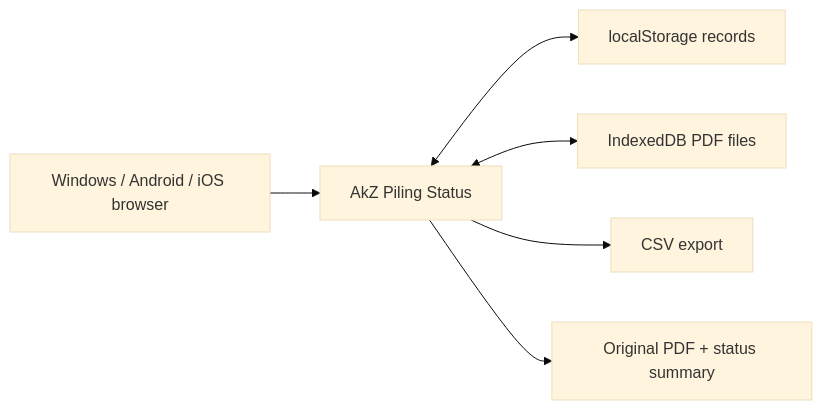
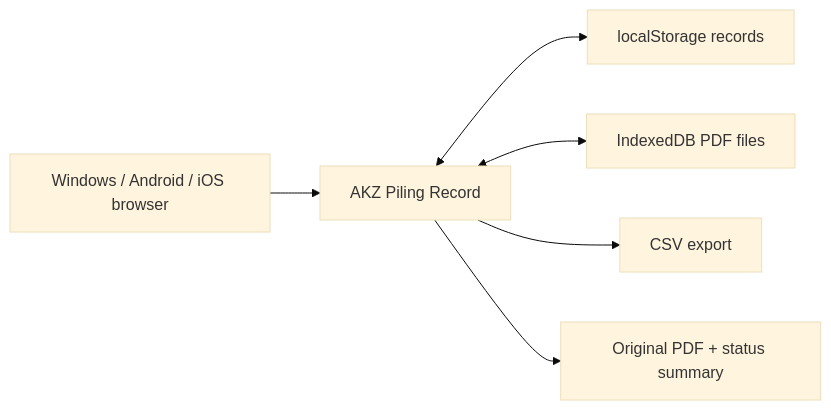
One commit to Hafize92/PiLE changed the diagram in DESIGN.md. Above: the diagram before and after it, drawn with Mermaid (base theme). The commit also changed other lines of this file and 6 other files, not shown here.

````diff
--- a/DESIGN.md
+++ b/DESIGN.md
@@ -22,8 +23,8 @@
 ```mermaid
 flowchart LR
-  User["Windows / Android / iOS browser"] --> App["AkZ Piling Status"]
+  User["Windows / Android / iOS browser"] --> App["AKZ Piling Record"]
   App <--> LS["localStorage records"]
   App <--> IDB["IndexedDB PDF files"]
   App --> CSV["CSV export"]
   App --> PDF["Original PDF + status summary"]
 ```
````
